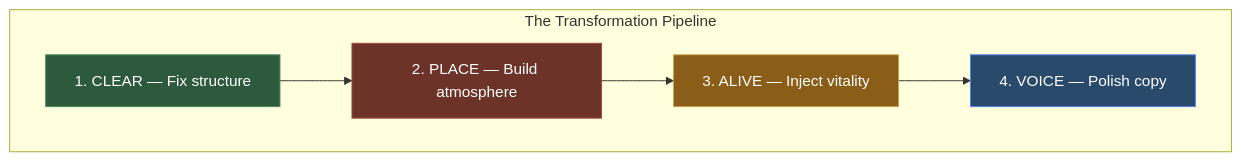
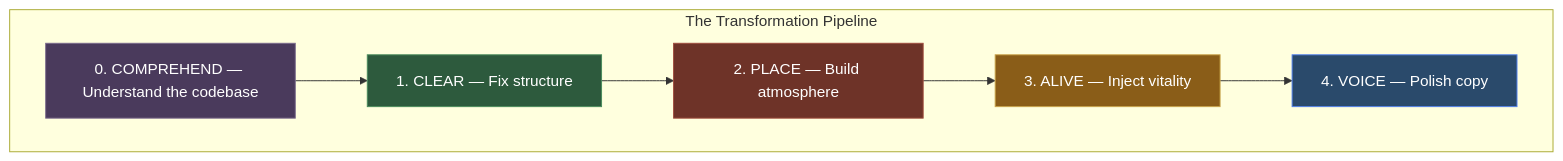
One commit to akshansh/agentic-design-engineering changed the second of 2 diagrams in README.md. Above: the diagram before and after it, drawn with Mermaid. The commit also changed other lines of this file and 3 other files, not shown here.

First line of the commit message:
Update all README files to reflect v2.0 architecture changes

````diff
--- a/README.md
+++ b/README.md
@@ -91,13 +91,15 @@
 ```mermaid
 graph TD
     subgraph "The Transformation Pipeline"
-        CL["1. CLEAR — Fix structure"] --> PL["2. PLACE — Build atmosphere"]
+        S0["0. COMPREHEND — Understand the codebase"] --> CL["1. CLEAR — Fix structure"]
+        CL --> PL["2. PLACE — Build atmosphere"]
         PL --> AL["3. ALIVE — Inject vitality"]
         AL --> VO["4. VOICE — Polish copy"]
     end
 
+    style S0 fill:#4a3a5c,stroke:#7a6a8c,color:#fff
     style CL fill:#2d5a3d,stroke:#4a8c5c,color:#fff
     style PL fill:#6e3328,stroke:#a04d3e,color:#fff
     style AL fill:#8a5d18,stroke:#c9a44a,color:#fff
     style VO fill:#2a4a6b,stroke:#5282ef,color:#fff
 ```
````
